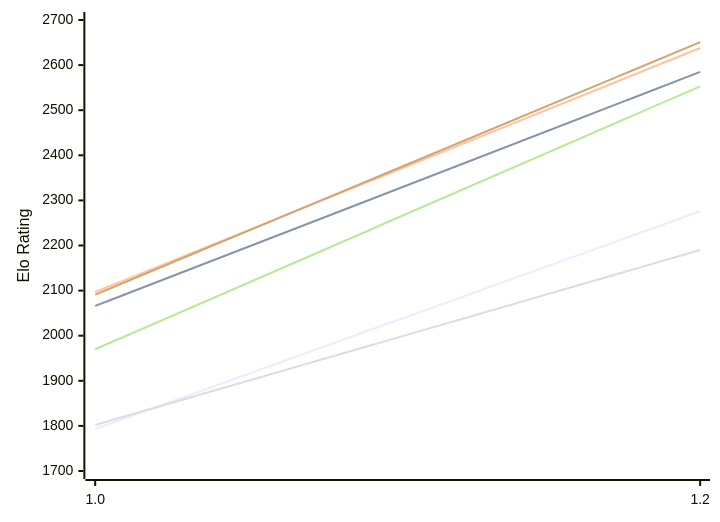
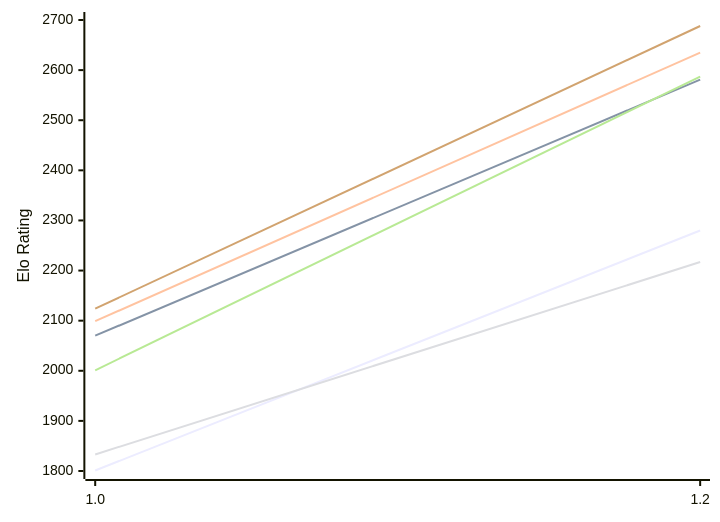
The first of 2 diagrams in engines/Echekinator.md (computer-chess-index/cci), drawn with Mermaid before and after one commit. The commit also changed other lines of this file, not shown here.

Commit message:
Update CCI Ratings (ELO VLTC) - 2026-11-01

````diff
--- a/engines/Echekinator.md
+++ b/engines/Echekinator.md
@@ -50,12 +50,12 @@
 ```mermaid
 %%{init: {"theme":"base","themeVariables":{"seriesColors:['#a3a3a3','#222221','#faa371']}}}%%
 xychart-beta
   x-axis ["1.0", "1.2"]
-  y-axis "Elo Rating" 1700 --> 2700
-  line "E1: STC (8.0+0.08s)" [1793, 2276]
-  line "E1: LTC (60.0+0.60s)" [2066, 2585]
-  line "E1: VLTC (2m24s+1.12s)" [2097, 2638]
-  line "P1: STC (8.0+0.08s)" [1802, 2190]
-  line "P1: LTC (60.0+0.60s)" [1970, 2553]
-  line "P1: VLTC (2m24s+1.12s)" [2091, 2651]
+  y-axis "Elo Rating" 1800 --> 2700
+  line "E1: STC (8.0+0.08s)" [1801, 2280]
+  line "E1: LTC (60.0+0.60s)" [2070, 2581]
+  line "E1: VLTC (2m24s+1.12s)" [2099, 2635]
+  line "P1: STC (8.0+0.08s)" [1833, 2217]
+  line "P1: LTC (60.0+0.60s)" [2001, 2587]
+  line "P1: VLTC (2m24s+1.12s)" [2124, 2688]
 ```
````
